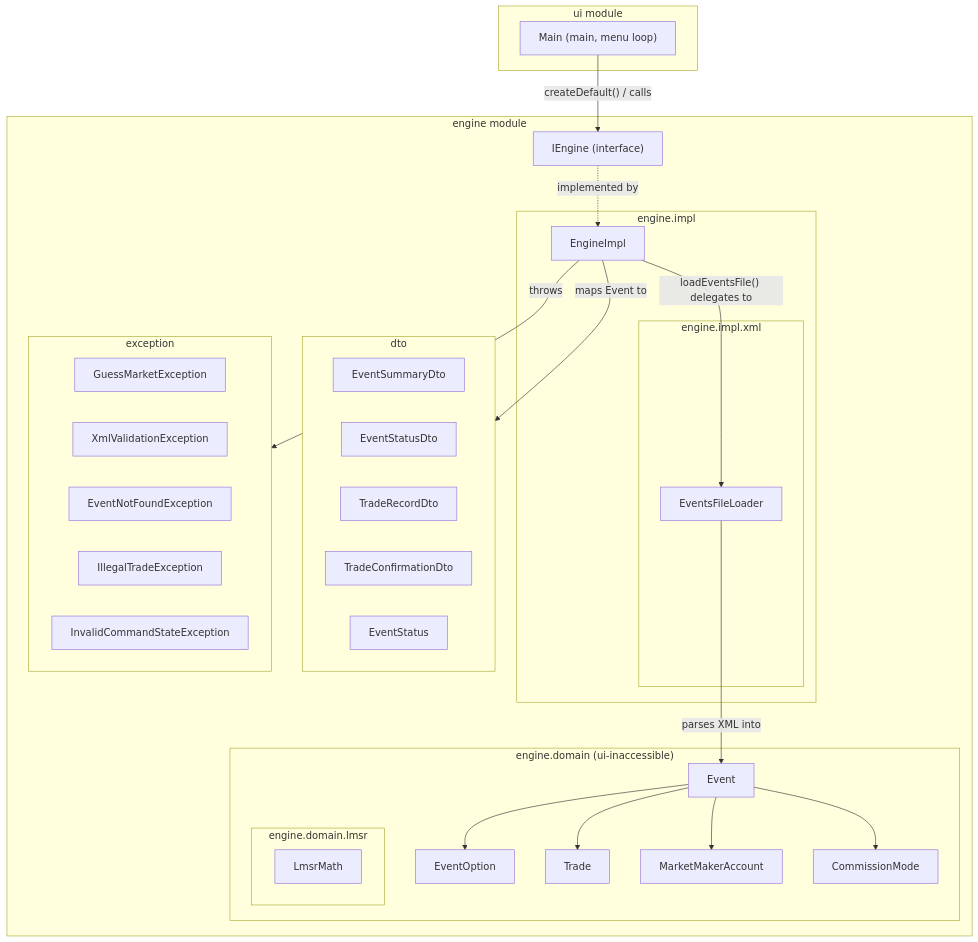
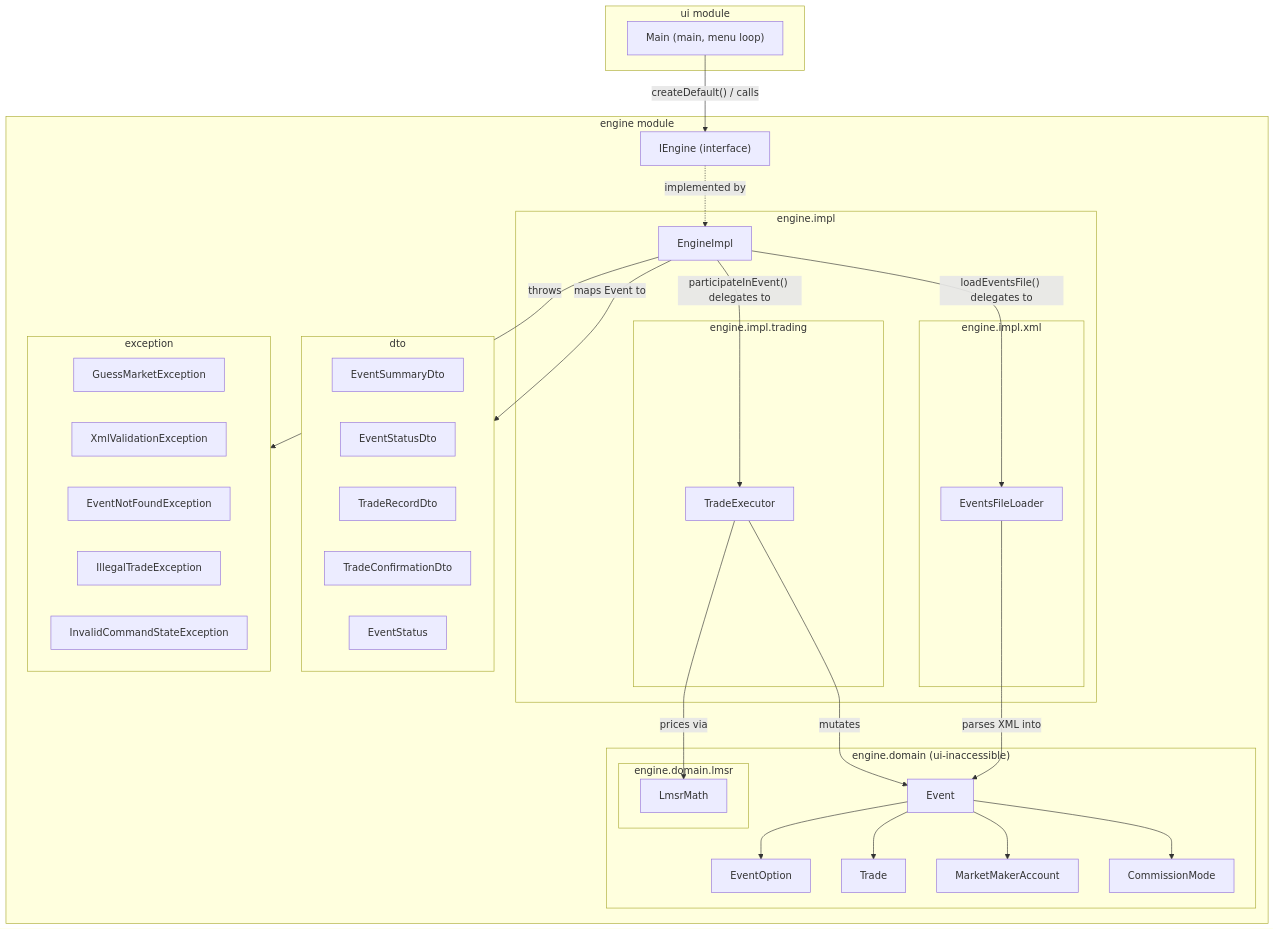
One commit to paz-levi/GuessMarket changed the diagram in ARCHITECTURE.md. Above: the diagram before and after it, drawn with Mermaid. The commit also changed other lines of this file and 10 other files, not shown here.

````diff
--- a/ARCHITECTURE.md
+++ b/ARCHITECTURE.md
@@ -6,55 +6,61 @@
 ```mermaid
 flowchart TD
     subgraph UI["ui module"]
         Main["Main (main, menu loop)"]
     end
 
     subgraph ENGINE["engine module"]
         IEngine["IEngine (interface)"]
 
         subgraph IMPL["engine.impl"]
             EngineImpl["EngineImpl"]
             subgraph XML["engine.impl.xml"]
                 EventsFileLoader["EventsFileLoader"]
+            end
+            subgraph TRADING["engine.impl.trading"]
+                TradeExecutor["TradeExecutor"]
             end
         end
 
         subgraph DOMAIN["engine.domain (ui-inaccessible)"]
             Event["Event"]
             EventOption["EventOption"]
             Trade["Trade"]
             MarketMakerAccount["MarketMakerAccount"]
             CommissionMode["CommissionMode"]
             subgraph LMSR["engine.domain.lmsr"]
                 LmsrMath["LmsrMath"]
             end
         end
 
         subgraph DTO["dto"]
             EventSummaryDto["EventSummaryDto"]
             EventStatusDto["EventStatusDto"]
             TradeRecordDto["TradeRecordDto"]
             TradeConfirmationDto["TradeConfirmationDto"]
             EventStatus["EventStatus"]
         end
 
         subgraph EXC["exception"]
             GuessMarketException["GuessMarketException"]
             XmlValidationException["XmlValidationException"]
             EventNotFoundException["EventNotFoundException"]
             IllegalTradeException["IllegalTradeException"]
             InvalidCommandStateException["InvalidCommandStateException"]
         end
     end
 
     Main -->|"createDefault() / calls"| IEngine
     IEngine -.->|"implemented by"| EngineImpl
     EngineImpl -->|"loadEventsFile() delegates to"| EventsFileLoader
     EventsFileLoader -->|"parses XML into"| Event
     Event --> EventOption
     Event --> MarketMakerAccount
     Event --> CommissionMode
     Event --> Trade
+    EngineImpl -->|"participateInEvent() delegates to"| TradeExecutor
+    TradeExecutor -->|"prices via"| LmsrMath
+    TradeExecutor -->|"mutates"| Event
     EngineImpl -->|"maps Event to"| DTO
     EngineImpl -->|"throws"| EXC
 ```
````
